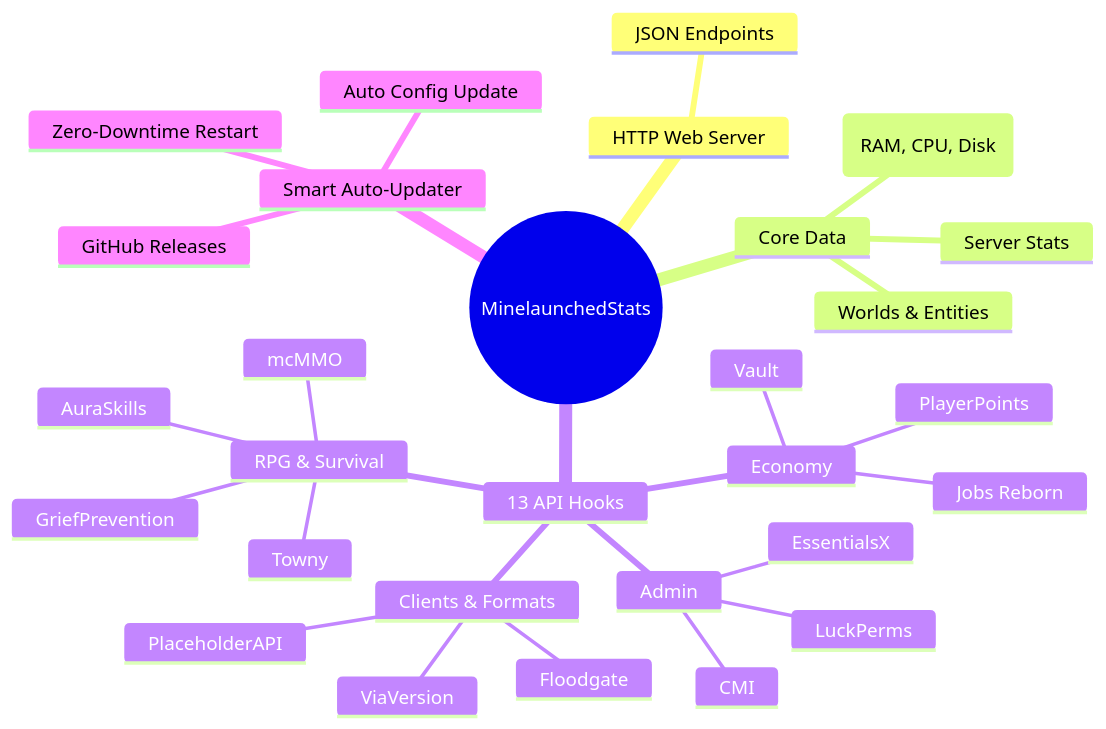
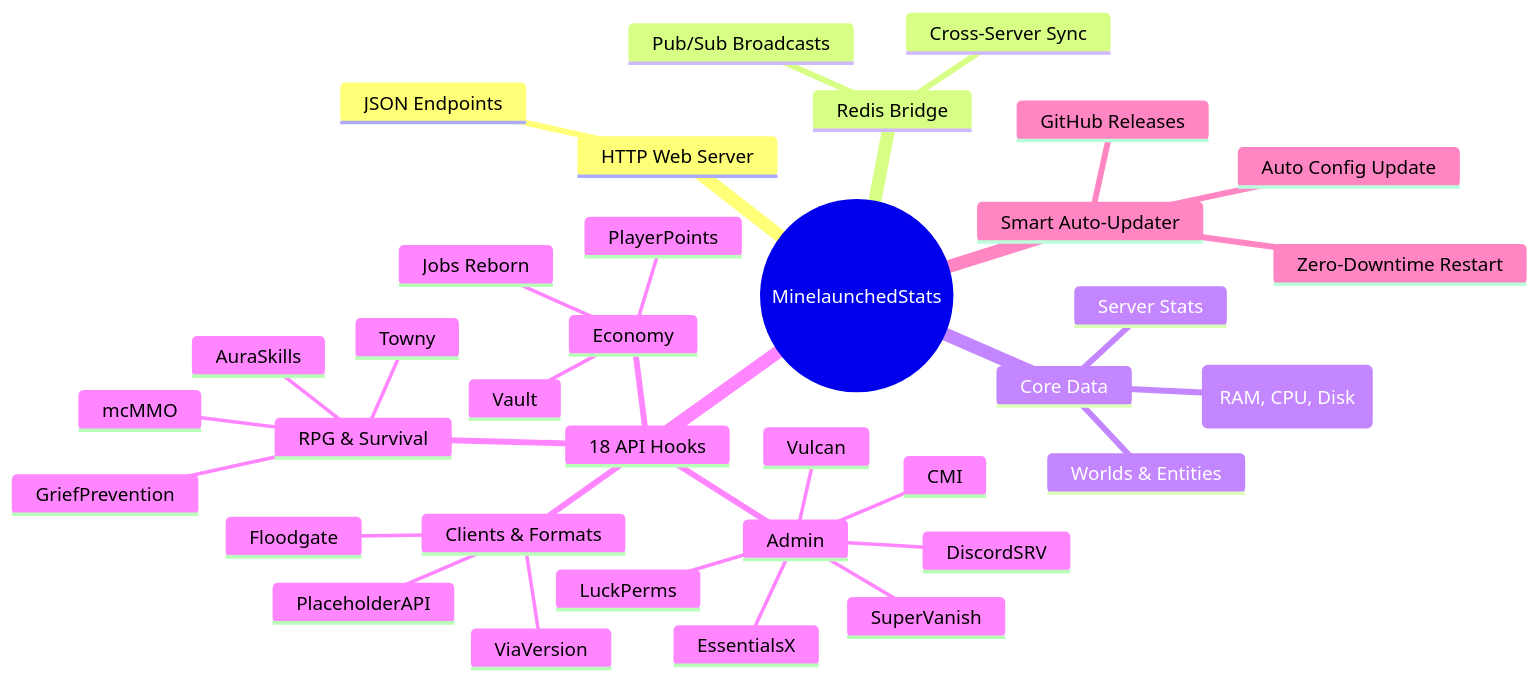
Before and after one commit to Minelaunched/Minelaunched-Stats: the diagram in README.md, drawn with Mermaid. The commit also changed other lines of this file and 10 other files, not shown here.

Commit message:
feat: Add Redis Bridge and 5 new APIs (DiscordSRV, Vulcan, SuperVanish, Lands, FactionsUUID)

````diff
--- a/README.md
+++ b/README.md
@@ -24,32 +25,38 @@
 ```mermaid
 mindmap
   root((MinelaunchedStats))
     HTTP Web Server
       JSON Endpoints
+    Redis Bridge
+      Pub/Sub Broadcasts
+      Cross-Server Sync
     Core Data
       Server Stats
       Worlds & Entities
       System (RAM, CPU, Disk)
-    13 API Hooks
+    18 API Hooks
       Economy
         Vault
         PlayerPoints
         Jobs Reborn
       Admin
         LuckPerms
         EssentialsX
         CMI
+        SuperVanish
+        DiscordSRV
+        Vulcan
       RPG & Survival
         AuraSkills
         mcMMO
         Towny
         GriefPrevention
       Clients & Formats
         ViaVersion
         Floodgate
         PlaceholderAPI
     Smart Auto-Updater
       GitHub Releases
       Zero-Downtime Restart
       Auto Config Update
 ```
````
